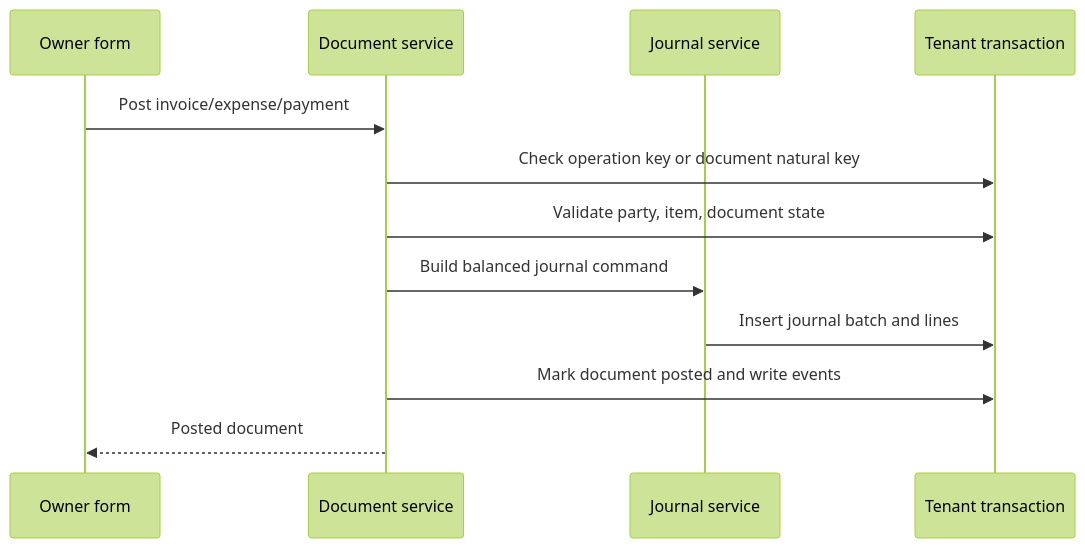
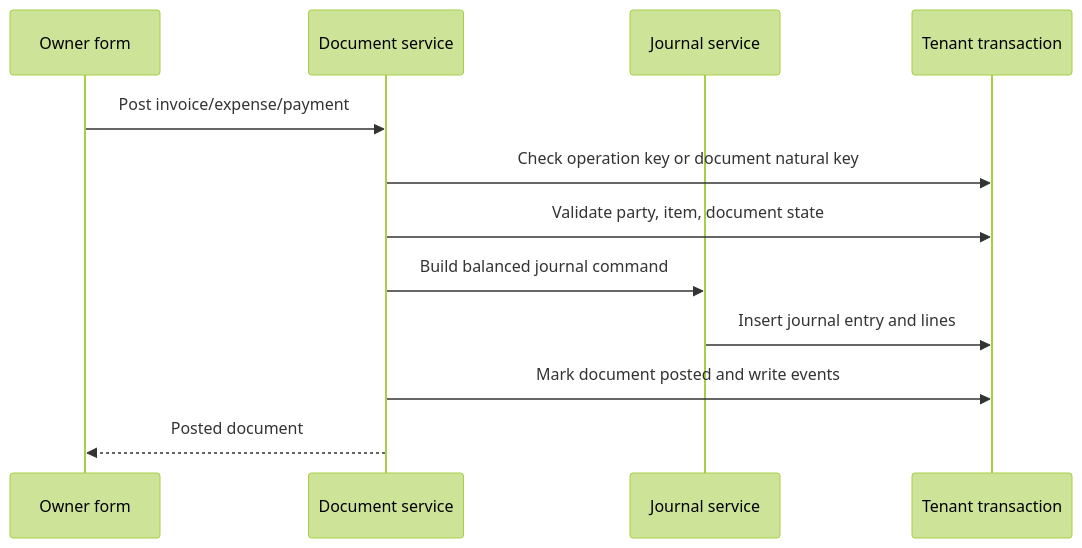
One commit to isherbuilds/edernal-books changed the second of 2 diagrams in docs/superpowers/plans/2026-06-16-phase-02-owner-workflow-mvp-detailed-plan.md. Above: the diagram before and after it, drawn with Mermaid (forest theme). The commit also changed other lines of this file and 110 other files, not shown here.

````diff
--- a/docs/superpowers/plans/2026-06-16-phase-02-owner-workflow-mvp-detailed-plan.md
+++ b/docs/superpowers/plans/2026-06-16-phase-02-owner-workflow-mvp-detailed-plan.md
@@ -29,15 +29,15 @@
 ```mermaid
 sequenceDiagram
   participant UI as Owner form
   participant S as Document service
   participant L as Journal service
   participant DB as Tenant transaction
 
   UI->>S: Post invoice/expense/payment
   S->>DB: Check operation key or document natural key
   S->>DB: Validate party, item, document state
   S->>L: Build balanced journal command
-  L->>DB: Insert journal batch and lines
+  L->>DB: Insert journal entry and lines
   S->>DB: Mark document posted and write events
   S-->>UI: Posted document
 ```
````
